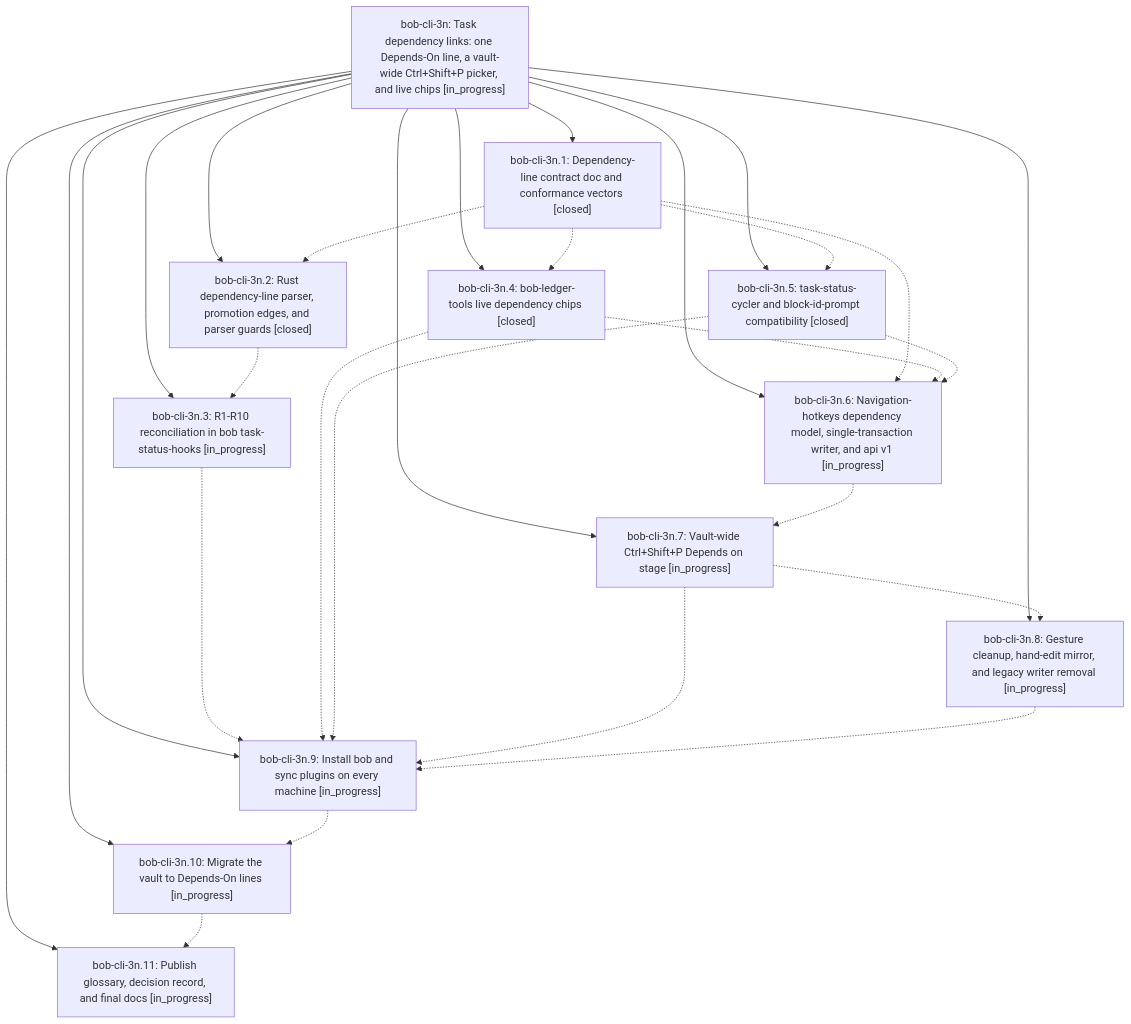
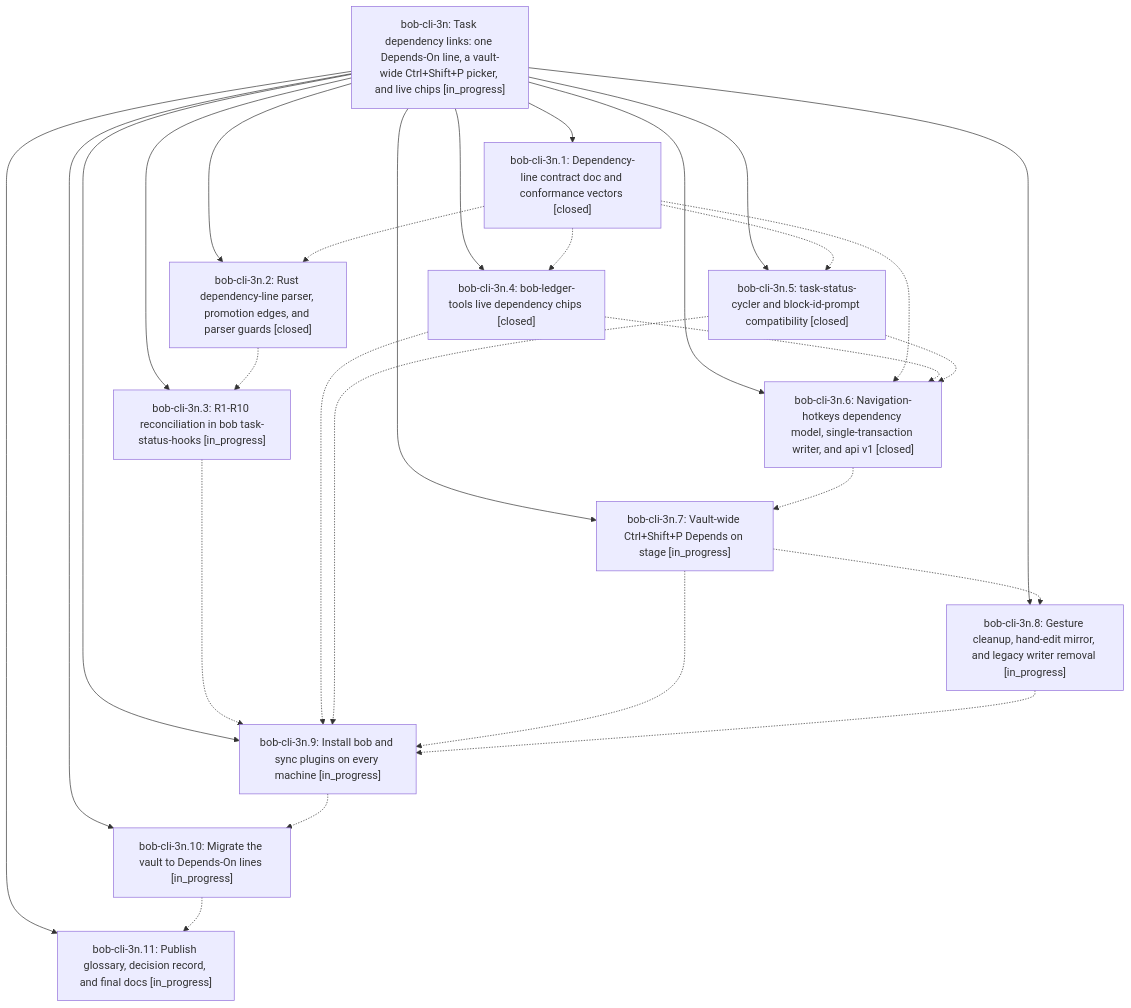
Before and after one commit to bobs-org/bob-cli--beads: the diagram in pages/bob-cli-3n/README.md, drawn with Mermaid. The commit also changed other lines of this file and 6 other files, not shown here.

First line of the commit message:
chore(beads): sync bead state and pages for bob-cli-3n

````diff
--- a/pages/bob-cli-3n/README.md
+++ b/pages/bob-cli-3n/README.md
@@ -32,42 +32,42 @@
 ```mermaid
 flowchart TD
     n0["bob-cli-3n: Task dependency links: one Depends-On line, a vault-wide Ctrl+Shift+P picker, and live chips [in_progress]"]
     n1["bob-cli-3n.1: Dependency-line contract doc and conformance vectors [closed]"]
     n2["bob-cli-3n.10: Migrate the vault to Depends-On lines [in_progress]"]
     n3["bob-cli-3n.11: Publish glossary, decision record, and final docs [in_progress]"]
     n4["bob-cli-3n.2: Rust dependency-line parser, promotion edges, and parser guards [closed]"]
     n5["bob-cli-3n.3: R1-R10 reconciliation in bob task-status-hooks [in_progress]"]
     n6["bob-cli-3n.4: bob-ledger-tools live dependency chips [closed]"]
     n7["bob-cli-3n.5: task-status-cycler and block-id-prompt compatibility [closed]"]
-    n8["bob-cli-3n.6: Navigation-hotkeys dependency model, single-transaction writer, and api v1 [in_progress]"]
+    n8["bob-cli-3n.6: Navigation-hotkeys dependency model, single-transaction writer, and api v1 [closed]"]
     n9["bob-cli-3n.7: Vault-wide Ctrl+Shift+P Depends on stage [in_progress]"]
     n10["bob-cli-3n.8: Gesture cleanup, hand-edit mirror, and legacy writer removal [in_progress]"]
     n11["bob-cli-3n.9: Install bob and sync plugins on every machine [in_progress]"]
     n0 --> n1
     n0 --> n2
     n0 --> n3
     n0 --> n4
     n0 --> n5
     n0 --> n6
     n0 --> n7
     n0 --> n8
     n0 --> n9
     n0 --> n10
     n0 --> n11
     n1 -.-> n4
     n1 -.-> n6
     n1 -.-> n7
     n1 -.-> n8
     n2 -.-> n3
     n4 -.-> n5
     n5 -.-> n11
     n6 -.-> n8
     n6 -.-> n11
     n7 -.-> n8
     n7 -.-> n11
     n8 -.-> n9
     n9 -.-> n10
     n9 -.-> n11
     n10 -.-> n11
     n11 -.-> n2
 ```
````
